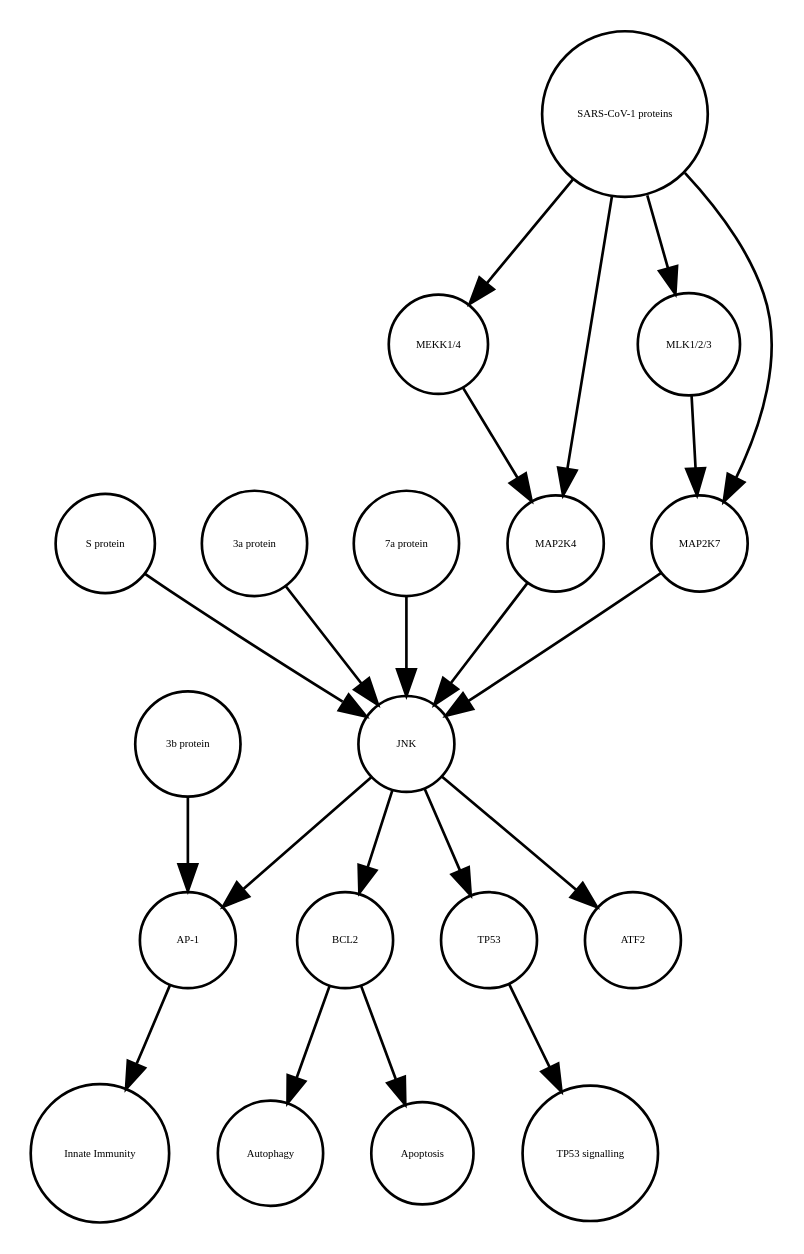
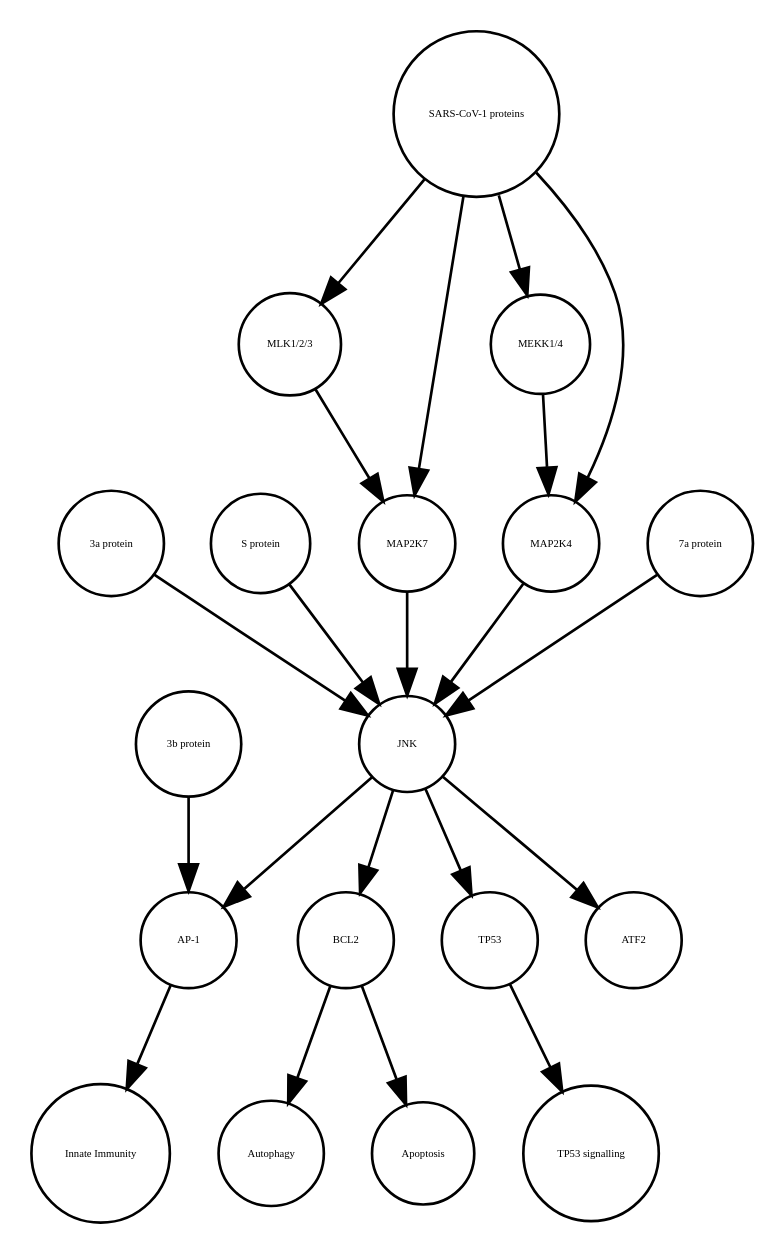
Before and after one commit to cannin/covid19-sbgn: the diagram in JNK_pathway_v2.1.xml_projected.dot, drawn with Graphviz. The commit also changed other lines of this file and 621 other files, not shown here.

```diff
--- a/JNK_pathway_v2.1.xml_projected.dot
+++ b/JNK_pathway_v2.1.xml_projected.dot
@@ -1,40 +1,40 @@
 strict digraph  {
 BCL2 [annotation=urn_miriam_uniprot_P10415, bipartite=0, cls=macromolecule, fontsize=4, label=BCL2, shape=circle];
 Autophagy [annotation="", bipartite=0, cls=phenotype, fontsize=4, label=Autophagy, shape=circle];
 "AP-1" [annotation="", bipartite=0, cls=complex, fontsize=4, label="AP-1", shape=circle];
 "Innate Immunity" [annotation="", bipartite=0, cls=phenotype, fontsize=4, label="Innate Immunity", shape=circle];
 TP53 [annotation=urn_miriam_uniprot_P04637, bipartite=0, cls=macromolecule, fontsize=4, label=TP53, shape=circle];
 "TP53 signalling" [annotation="", bipartite=0, cls=phenotype, fontsize=4, label="TP53 signalling", shape=circle];
 Apoptosis [annotation="", bipartite=0, cls=phenotype, fontsize=4, label=Apoptosis, shape=circle];
+"SARS-CoV-1 proteins" [annotation="", bipartite=0, cls=complex, fontsize=4, label="SARS-CoV-1 proteins", shape=circle];
+"3a protein" [annotation="", bipartite=0, cls=macromolecule, fontsize=4, label="3a protein", shape=circle];
+JNK [annotation="", bipartite=0, cls=complex, fontsize=4, label=JNK, shape=circle];
+"S protein" [annotation="", bipartite=0, cls=macromolecule, fontsize=4, label="S protein", shape=circle];
+"MLK1/2/3" [annotation="", bipartite=0, cls=complex, fontsize=4, label="MLK1/2/3", shape=circle];
+"MEKK1/4" [annotation="", bipartite=0, cls=complex, fontsize=4, label="MEKK1/4", shape=circle];
+ATF2 [annotation=urn_miriam_uniprot_P15336, bipartite=0, cls=macromolecule, fontsize=4, label=ATF2, shape=circle];
+MAP2K7 [annotation=urn_miriam_uniprot_O14733, bipartite=0, cls=macromolecule, fontsize=4, label=MAP2K7, shape=circle];
+MAP2K4 [annotation=urn_miriam_uniprot_P45985, bipartite=0, cls=macromolecule, fontsize=4, label=MAP2K4, shape=circle];
 "3b protein" [annotation="", bipartite=0, cls=macromolecule, fontsize=4, label="3b protein", shape=circle];
-ATF2 [annotation=urn_miriam_uniprot_P15336, bipartite=0, cls=macromolecule, fontsize=4, label=ATF2, shape=circle];
-"SARS-CoV-1 proteins" [annotation="", bipartite=0, cls=complex, fontsize=4, label="SARS-CoV-1 proteins", shape=circle];
-"S protein" [annotation="", bipartite=0, cls=macromolecule, fontsize=4, label="S protein", shape=circle];
-"MEKK1/4" [annotation="", bipartite=0, cls=complex, fontsize=4, label="MEKK1/4", shape=circle];
-"3a protein" [annotation="", bipartite=0, cls=macromolecule, fontsize=4, label="3a protein", shape=circle];
 "7a protein" [annotation="", bipartite=0, cls=macromolecule, fontsize=4, label="7a protein", shape=circle];
-"MLK1/2/3" [annotation="", bipartite=0, cls=complex, fontsize=4, label="MLK1/2/3", shape=circle];
-MAP2K7 [annotation=urn_miriam_uniprot_O14733, bipartite=0, cls=macromolecule, fontsize=4, label=MAP2K7, shape=circle];
-JNK [annotation="", bipartite=0, cls=complex, fontsize=4, label=JNK, shape=circle];
-MAP2K4 [annotation=urn_miriam_uniprot_P45985, bipartite=0, cls=macromolecule, fontsize=4, label=MAP2K4, shape=circle];
 BCL2 -> Autophagy  [annotation="", interaction_type="necessary stimulation"];
 BCL2 -> Apoptosis  [annotation="", interaction_type=inhibition];
 "AP-1" -> "Innate Immunity"  [annotation="", interaction_type="necessary stimulation"];
 TP53 -> "TP53 signalling"  [annotation="", interaction_type="necessary stimulation"];
-"3b protein" -> "AP-1"  [annotation=urn_miriam_pubmed_21561061, interaction_type=stimulation];
 "SARS-CoV-1 proteins" -> "MLK1/2/3"  [annotation="urn_miriam_taxonomy_694009|urn_miriam_pubmed_31226023", interaction_type=stimulation];
+"SARS-CoV-1 proteins" -> "MEKK1/4"  [annotation="urn_miriam_pubmed_31226023|urn_miriam_taxonomy_694009", interaction_type=stimulation];
 "SARS-CoV-1 proteins" -> MAP2K7  [annotation="urn_miriam_pubmed_31226023|urn_miriam_taxonomy_694009", interaction_type=stimulation];
 "SARS-CoV-1 proteins" -> MAP2K4  [annotation="urn_miriam_pubmed_31226023|urn_miriam_taxonomy_694009", interaction_type=stimulation];
-"SARS-CoV-1 proteins" -> "MEKK1/4"  [annotation="urn_miriam_pubmed_31226023|urn_miriam_taxonomy_694009", interaction_type=stimulation];
-"S protein" -> JNK  [annotation=urn_miriam_pubmed_17267381, interaction_type=stimulation];
-"MEKK1/4" -> MAP2K4  [annotation="urn_miriam_pubmed_31226023|urn_miriam_taxonomy_694009", interaction_type=stimulation];
 "3a protein" -> JNK  [annotation=urn_miriam_pubmed_17141229, interaction_type=stimulation];
-"7a protein" -> JNK  [annotation=urn_miriam_pubmed_17141229, interaction_type=stimulation];
-"MLK1/2/3" -> MAP2K7  [annotation="urn_miriam_pubmed_31226023|urn_miriam_taxonomy_694009", interaction_type=stimulation];
-MAP2K7 -> JNK  [annotation=urn_miriam_pubmed_17141229, interaction_type=stimulation];
+JNK -> ATF2  [annotation="", interaction_type=stimulation];
 JNK -> BCL2  [annotation=urn_miriam_pubmed_10567572, interaction_type=stimulation];
 JNK -> "AP-1"  [annotation=urn_miriam_pubmed_21561061, interaction_type=stimulation];
 JNK -> TP53  [annotation="", interaction_type=stimulation];
-JNK -> ATF2  [annotation="", interaction_type=stimulation];
+"S protein" -> JNK  [annotation=urn_miriam_pubmed_17267381, interaction_type=stimulation];
+"MLK1/2/3" -> MAP2K7  [annotation="urn_miriam_pubmed_31226023|urn_miriam_taxonomy_694009", interaction_type=stimulation];
+"MEKK1/4" -> MAP2K4  [annotation="urn_miriam_pubmed_31226023|urn_miriam_taxonomy_694009", interaction_type=stimulation];
+MAP2K7 -> JNK  [annotation=urn_miriam_pubmed_17141229, interaction_type=stimulation];
 MAP2K4 -> JNK  [annotation=urn_miriam_pubmed_17141229, interaction_type=stimulation];
+"3b protein" -> "AP-1"  [annotation=urn_miriam_pubmed_21561061, interaction_type=stimulation];
+"7a protein" -> JNK  [annotation=urn_miriam_pubmed_17141229, interaction_type=stimulation];
 }
```
